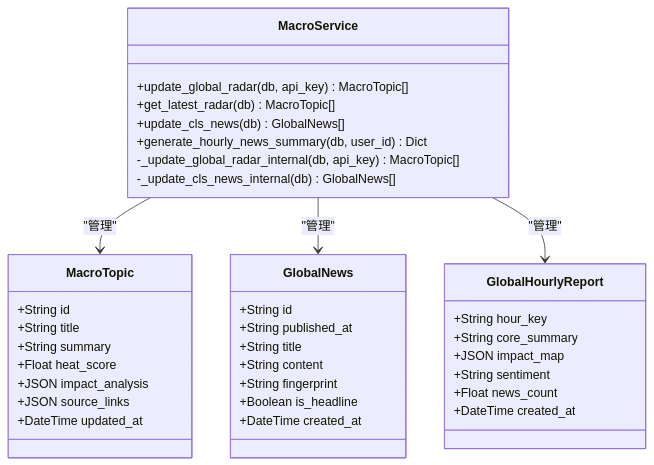
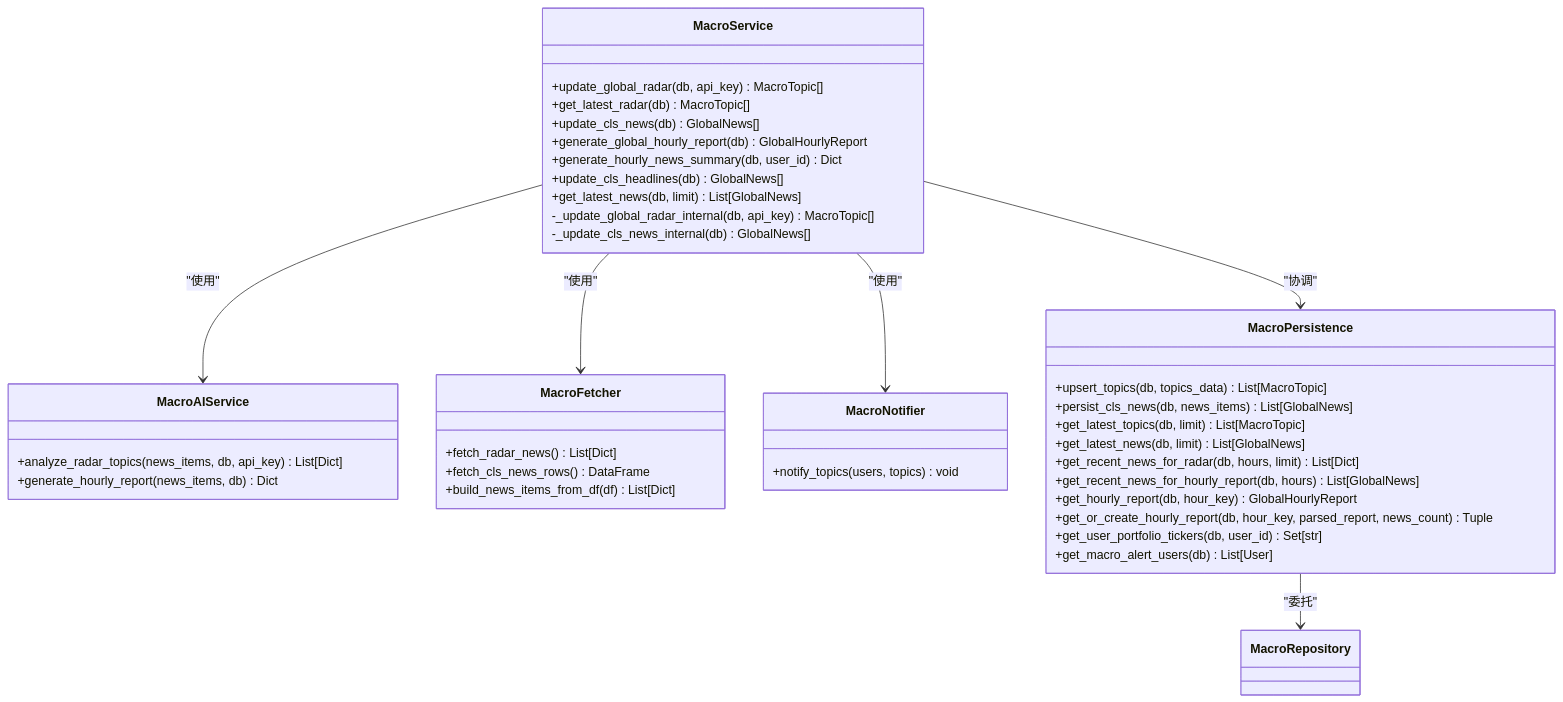
The third of 5 diagrams in .qoder/repowiki/zh/content/后端开发指南/业务服务实现/宏观分析服务.md (breeze-lyf/ai-stock-advisor), drawn with Mermaid before and after one commit. The commit also changed other lines of this file and 52 other files, not shown here.

Commit message:
Remove Alpha Vantage provider, enhance Akshare with retry and forced proxy for reliable market data, and introduce user notification settings with corresponding database migrations and frontend updates.

````diff
--- a/.qoder/repowiki/zh/content/后端开发指南/业务服务实现/宏观分析服务.md
+++ b/.qoder/repowiki/zh/content/后端开发指南/业务服务实现/宏观分析服务.md
@@ -153,40 +191,43 @@
 ```mermaid
 classDiagram
 class MacroService {
 +update_global_radar(db, api_key) MacroTopic[]
 +get_latest_radar(db) MacroTopic[]
 +update_cls_news(db) GlobalNews[]
++generate_global_hourly_report(db) GlobalHourlyReport
 +generate_hourly_news_summary(db, user_id) Dict
++update_cls_headlines(db) GlobalNews[]
++get_latest_news(db, limit) List[GlobalNews]
 -_update_global_radar_internal(db, api_key) MacroTopic[]
 -_update_cls_news_internal(db) GlobalNews[]
 }
-class MacroTopic {
-+String id
-+String title
-+String summary
-+Float heat_score
-+JSON impact_analysis
-+JSON source_links
-+DateTime updated_at
+class MacroAIService {
++analyze_radar_topics(news_items, db, api_key) List[Dict]
++generate_hourly_report(news_items, db) Dict
 }
-class GlobalNews {
-+String id
-+String published_at
-+String title
-+String content
-+String fingerprint
-+Boolean is_headline
-+DateTime created_at
+class MacroFetcher {
++fetch_radar_news() List[Dict]
++fetch_cls_news_rows() DataFrame
++build_news_items_from_df(df) List[Dict]
 }
-class GlobalHourlyReport {
-+String hour_key
-+String core_summary
-+JSON impact_map
-+String sentiment
-+Float news_count
-+DateTime created_at
+class MacroNotifier {
++notify_topics(users, topics) void
 }
-MacroService --> MacroTopic : "管理"
-MacroService --> GlobalNews : "管理"
-MacroService --> GlobalHourlyReport : "管理"
+class MacroPersistence {
++upsert_topics(db, topics_data) List[MacroTopic]
++persist_cls_news(db, news_items) List[GlobalNews]
++get_latest_topics(db, limit) List[MacroTopic]
++get_latest_news(db, limit) List[GlobalNews]
++get_recent_news_for_radar(db, hours, limit) List[Dict]
++get_recent_news_for_hourly_report(db, hours) List[GlobalNews]
++get_hourly_report(db, hour_key) GlobalHourlyReport
++get_or_create_hourly_report(db, hour_key, parsed_report, news_count) Tuple
++get_user_portfolio_tickers(db, user_id) Set[str]
++get_macro_alert_users(db) List[User]
+}
+MacroService --> MacroAIService : "使用"
+MacroService --> MacroFetcher : "使用"
+MacroService --> MacroNotifier : "使用"
+MacroService --> MacroPersistence : "协调"
+MacroPersistence --> MacroRepository : "委托"
 ```
````
